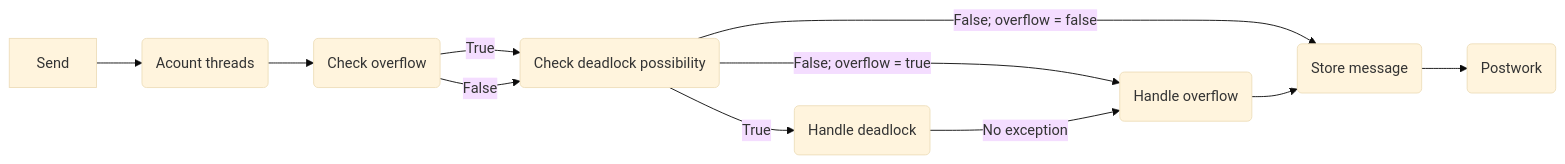
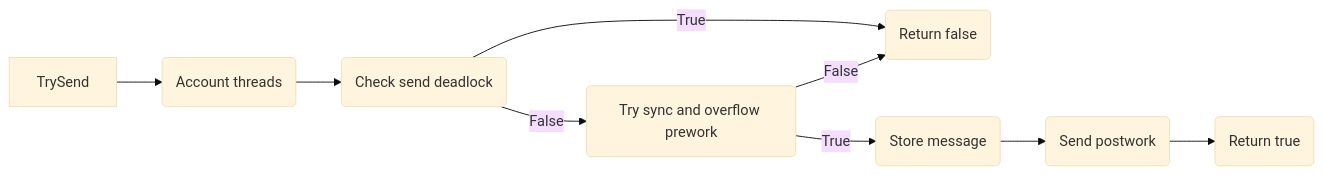
One commit to R185/message_queue_practical changed the third of 4 diagrams in ADR.md. Above: the diagram before and after it, drawn with Mermaid (base theme). The commit also changed other lines of this file, not shown here.

````diff
--- a/ADR.md
+++ b/ADR.md
@@ -123,13 +160,11 @@
 ``` mermaid
 flowchart LR
-    A[Send] --> M0(Acount threads)
-    M0 --> M1(Check overflow)
-    M1 -->|True| M2(Check deadlock possibility)
-    M1 -->|False| M2
-    M2 -->|True| M3(Handle deadlock)
-    M2 -->|False; overflow = true| M4(Handle overflow)
-    M2 -->|False; overflow = false| M5(Store message)
-    M3 -->|No exception| M4
-    M4 --> M5
-    M5 --> M6(Postwork)
+    A[TrySend] --> M0(Account threads)
+    M0 --> M1(Check send deadlock)
+    M1 -->|True| M2(Return false)
+    M1 -->|False| M3(Try sync and overflow prework)
+    M3 -->|False| M2
+    M3 -->|True| M4(Store message)
+    M4 --> M5(Send postwork)
+    M5 --> M6(Return true)
 ```
````
